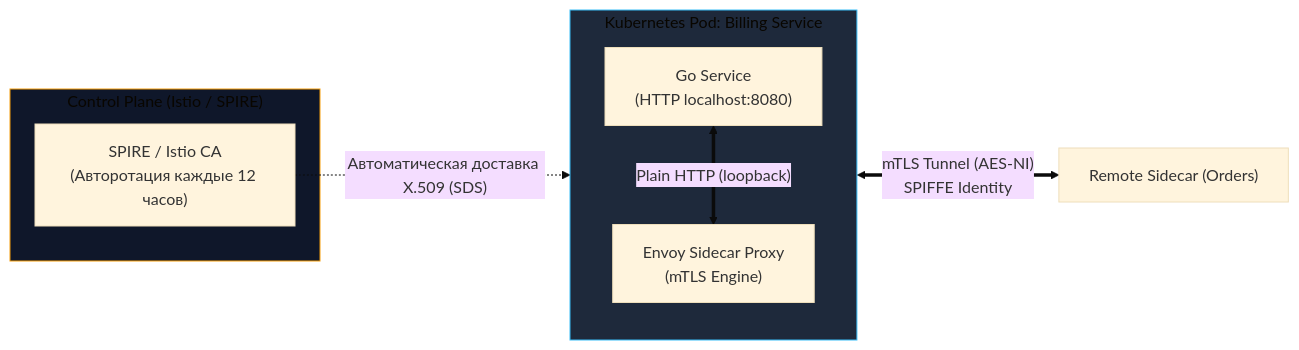
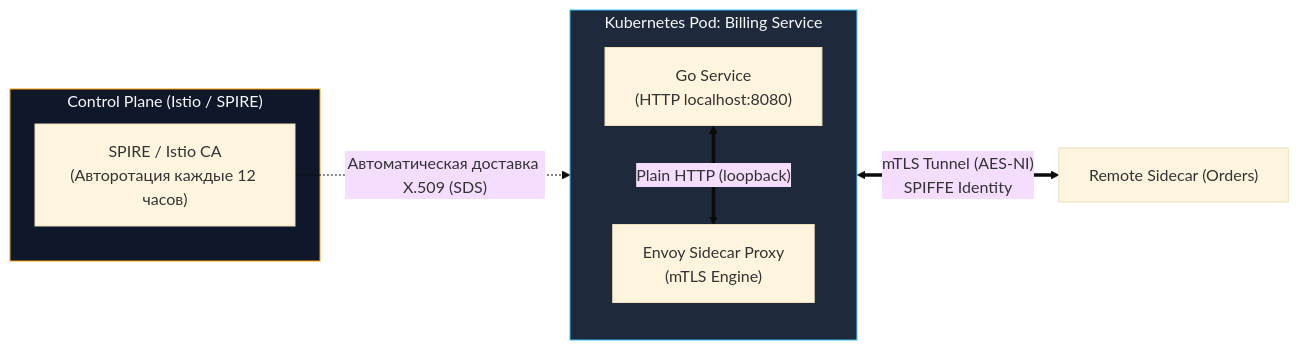
Before and after one commit to UnrealTemplier/go-textbook: the second of 2 diagrams in sources/10. Проектирование API и Сетевые протоколы/29. mTLS в сервисах.md, drawn with Mermaid (base theme). The commit also changed 310 other files, not shown here.

First line of the commit message:
fix(mermaid): replace light fill colors with dark palette for readability on dark theme

````diff
--- a/sources/10. Проектирование API и Сетевые протоколы/29. mTLS в сервисах.md
+++ b/sources/10. Проектирование API и Сетевые протоколы/29. mTLS в сервисах.md
@@ -256,19 +256,19 @@
 ```mermaid
 flowchart LR
     subgraph AppPod ["Kubernetes Pod: Billing Service"]
         direction TB
         App["Go Service<br>(HTTP localhost:8080)"]
         Envoy["Envoy Sidecar Proxy<br>(mTLS Engine)"]
         App <== "Plain HTTP (loopback)" ==> Envoy
     end
 
     subgraph ControlPlane ["Control Plane (Istio / SPIRE)"]
         CA["SPIRE / Istio CA<br>(Авторотация каждые 12 часов)"]
     end
 
     Envoy <== "mTLS Tunnel (AES-NI)<br>SPIFFE Identity" ==> RemoteEnvoy["Remote Sidecar (Orders)"]
     CA -.->|"Автоматическая доставка X.509 (SDS)"| Envoy
 
-    style AppPod fill:#1e293b,stroke:#38bdf8,stroke-width:1px
-    style ControlPlane fill:#0f172a,stroke:#f59e0b,stroke-width:1px
+    style AppPod fill:#1e293b,stroke:#38bdf8,stroke-width:1px,color:#f8fafc
+    style ControlPlane fill:#0f172a,stroke:#f59e0b,stroke-width:1px,color:#f8fafc
 ```
````
